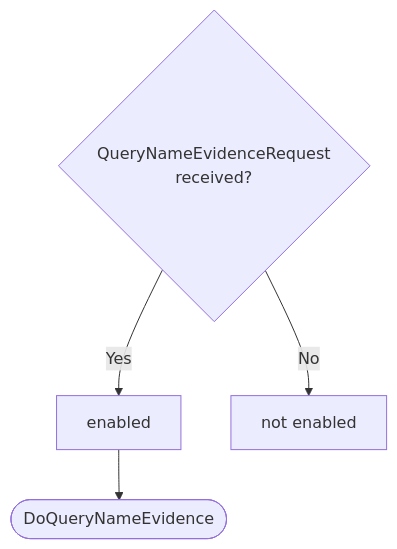
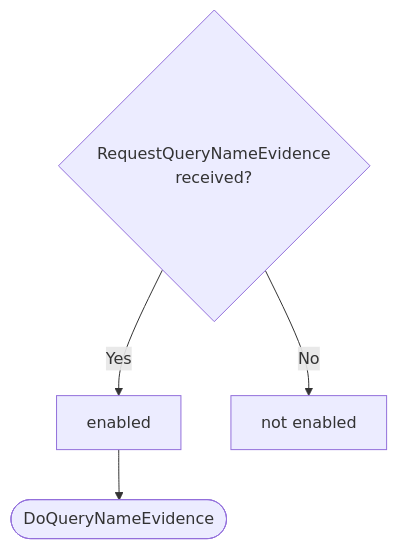
Before and after one commit to anoma/nspec: the third of 3 diagrams in docs/arch/node/engines/naming_behaviour.juvix.md, drawn with Mermaid. The commit also changed other lines of this file and 3 other files, not shown here.

````diff
--- a/docs/arch/node/engines/naming_behaviour.juvix.md
+++ b/docs/arch/node/engines/naming_behaviour.juvix.md
@@ -237,7 +245,7 @@
 ```mermaid
 flowchart TD
-    C{QueryNameEvidenceRequest<br>received?}
+    C{RequestQueryNameEvidence<br>received?}
     C -->|Yes| D[enabled]
     C -->|No| E[not enabled]
     D --> F([DoQueryNameEvidence])
 ```
````
